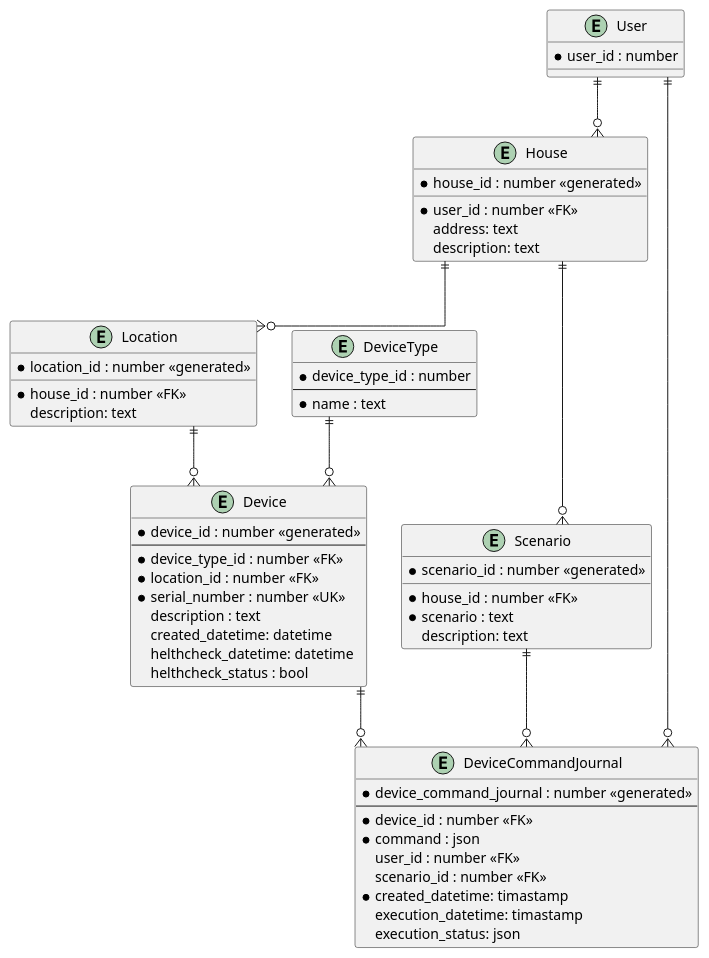
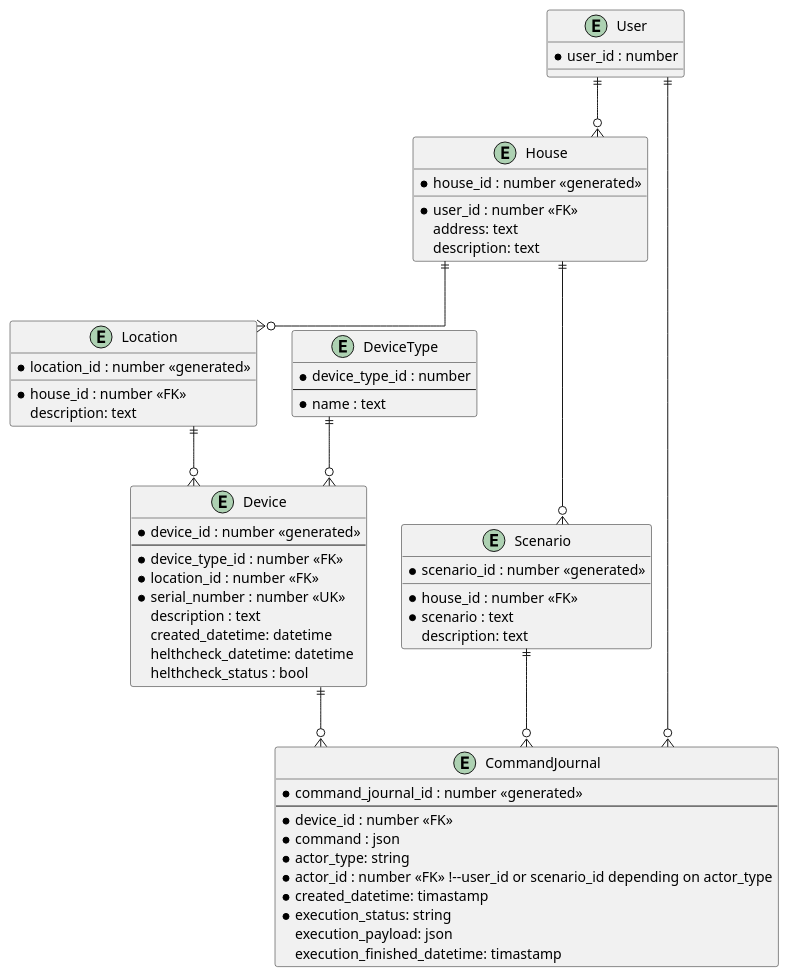
One commit to mikenina/architecture-pro-warmhouse changed the diagram in schemas/er/er.puml. Above: the diagram before and after it, drawn with PlantUML. The commit also changed 4 other files, not shown here.

Commit message:
C4 Component schema

```diff
--- a/schemas/er/er.puml
+++ b/schemas/er/er.puml
@@ -1,70 +1,71 @@
 @startuml
 skinparam linetype ortho
 
 entity "User" as user {
     *user_id : number 
 }
 
 entity "Device" as device {
     *device_id : number <<generated>>
     --
     *device_type_id : number <<FK>>
     *location_id : number <<FK>>
     *serial_number : number <<UK>>
     description : text
     created_datetime: datetime
     helthcheck_datetime: datetime
     helthcheck_status : bool
 }
 
 entity "DeviceType" as device_type {
     *device_type_id : number
     --
     *name : text
 }
 
 entity "Location" as location {
     *location_id : number <<generated>>
     __
     *house_id : number <<FK>>
     description: text
 }
 
 entity "House" as house {
     *house_id : number <<generated>>
     __
     *user_id : number <<FK>>
     address: text
     description: text
 }
 
 entity "Scenario" as scenario {
     *scenario_id : number <<generated>>
     __
     *house_id : number <<FK>>
     *scenario : text
     description: text
 }
 
-entity "DeviceCommandJournal" as device_command_journal {
-    *device_command_journal : number <<generated>>
+entity "CommandJournal" as command_journal {
+    *command_journal_id : number <<generated>>
     --
     *device_id : number <<FK>>
     *command : json
-    user_id : number <<FK>>
-    scenario_id : number <<FK>>
+    *actor_type: string
+    *actor_id : number <<FK>> !--user_id or scenario_id depending on actor_type
     *created_datetime: timastamp
-    execution_datetime: timastamp
-    execution_status: json
+    *execution_status: string
+    execution_payload: json
+    execution_finished_datetime: timastamp
 }
 
 device_type ||--o{ device
 user ||--o{ house
 house ||--o{ location
 house ||--o{ scenario
 location ||--o{ device
-device ||--o{ device_command_journal
-user ||--o{ device_command_journal
-scenario ||--o{ device_command_journal
+device ||--o{ command_journal
+user ||--o{ command_journal
+scenario ||--o{ command_journal
 
 @enduml
```
